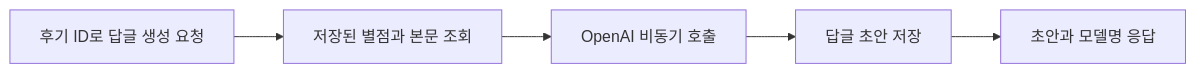
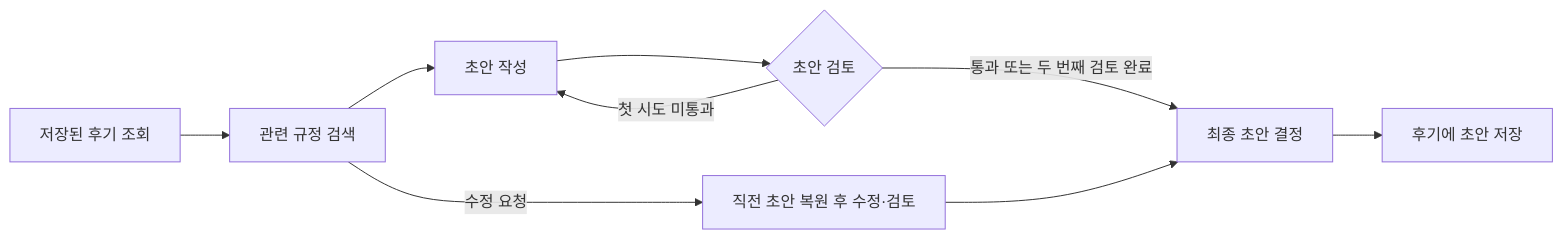
The diagram in README.md (seyoung-commits/codelab-fastapi-review), drawn with Mermaid before and after one commit. The commit also changed other lines of this file, not shown here.

````diff
--- a/README.md
+++ b/README.md
@@ -9,7 +9,11 @@
 ```mermaid
 flowchart LR
-    A[후기 ID로 답글 생성 요청] --> B[저장된 별점과 본문 조회]
-    B --> C[OpenAI 비동기 호출]
-    C --> D[답글 초안 저장]
-    D --> E[초안과 모델명 응답]
+    A[저장된 후기 조회] --> B[관련 규정 검색]
+    B --> C[초안 작성]
+    C --> D{초안 검토}
+    D -->|첫 시도 미통과| C
+    D -->|통과 또는 두 번째 검토 완료| E[최종 초안 결정]
+    B -->|수정 요청| F[직전 초안 복원 후 수정·검토]
+    F --> E
+    E --> G[후기에 초안 저장]
 ```
````
